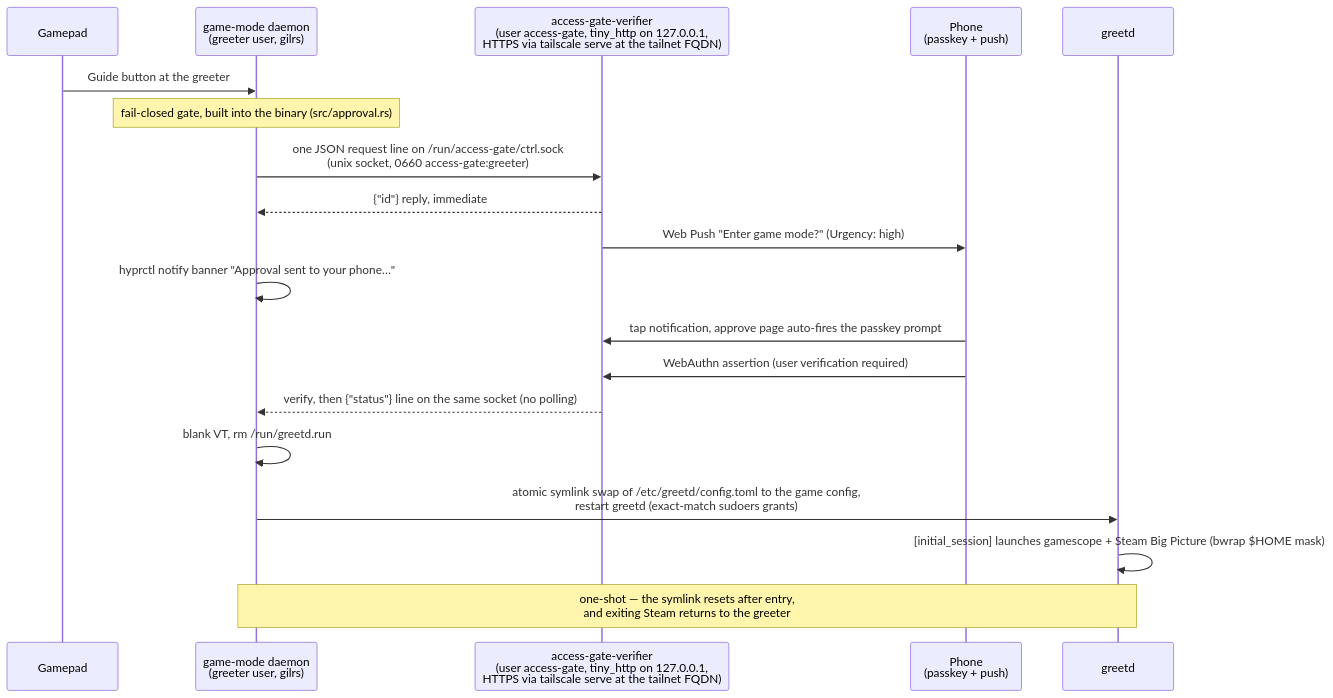
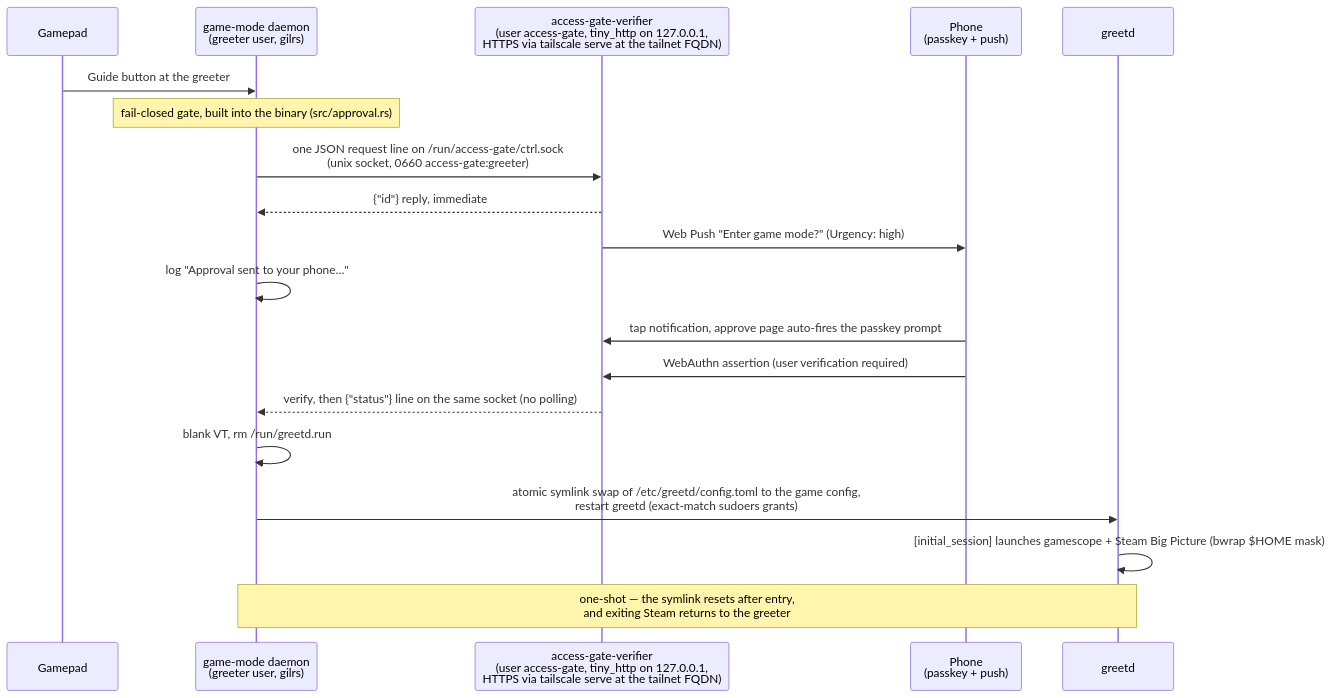
Before and after one commit to MasonRhodesDev/greetd_game_mode: the diagram in README.md, drawn with Mermaid. The commit also changed other lines of this file and 4 other files, not shown here.

First line of the commit message:
greeter: drop the dead hyprctl banner path, promote cage/regreet to hard deps

````diff
--- a/README.md
+++ b/README.md
@@ -23,22 +23,22 @@
 ```mermaid
 sequenceDiagram
     participant Pad as Gamepad
     participant Daemon as game-mode daemon<br/>(greeter user, gilrs)
     participant Verifier as access-gate-verifier<br/>(user access-gate, tiny_http on 127.0.0.1,<br/>HTTPS via tailscale serve at the tailnet FQDN)
     participant Phone as Phone<br/>(passkey + push)
     participant Greetd as greetd
 
     Pad->>Daemon: Guide button at the greeter
     Note over Daemon: fail-closed gate, built into the binary (src/approval.rs)
     Daemon->>Verifier: one JSON request line on /run/access-gate/ctrl.sock<br/>(unix socket, 0660 access-gate:greeter)
     Verifier-->>Daemon: {"id"} reply, immediate
     Verifier->>Phone: Web Push "Enter game mode?" (Urgency: high)
-    Daemon->>Daemon: hyprctl notify banner "Approval sent to your phone…"
+    Daemon->>Daemon: log "Approval sent to your phone…"
     Phone->>Verifier: tap notification, approve page auto-fires the passkey prompt
     Phone->>Verifier: WebAuthn assertion (user verification required)
     Verifier-->>Daemon: verify, then {"status"} line on the same socket (no polling)
     Daemon->>Daemon: blank VT, rm /run/greetd.run
     Daemon->>Greetd: atomic symlink swap of /etc/greetd/config.toml to the game config,<br/>restart greetd (exact-match sudoers grants)
     Greetd->>Greetd: [initial_session] launches gamescope + Steam Big Picture (bwrap $HOME mask)
     Note over Daemon,Greetd: one-shot — the symlink resets after entry,<br/>and exiting Steam returns to the greeter
 ```
````
